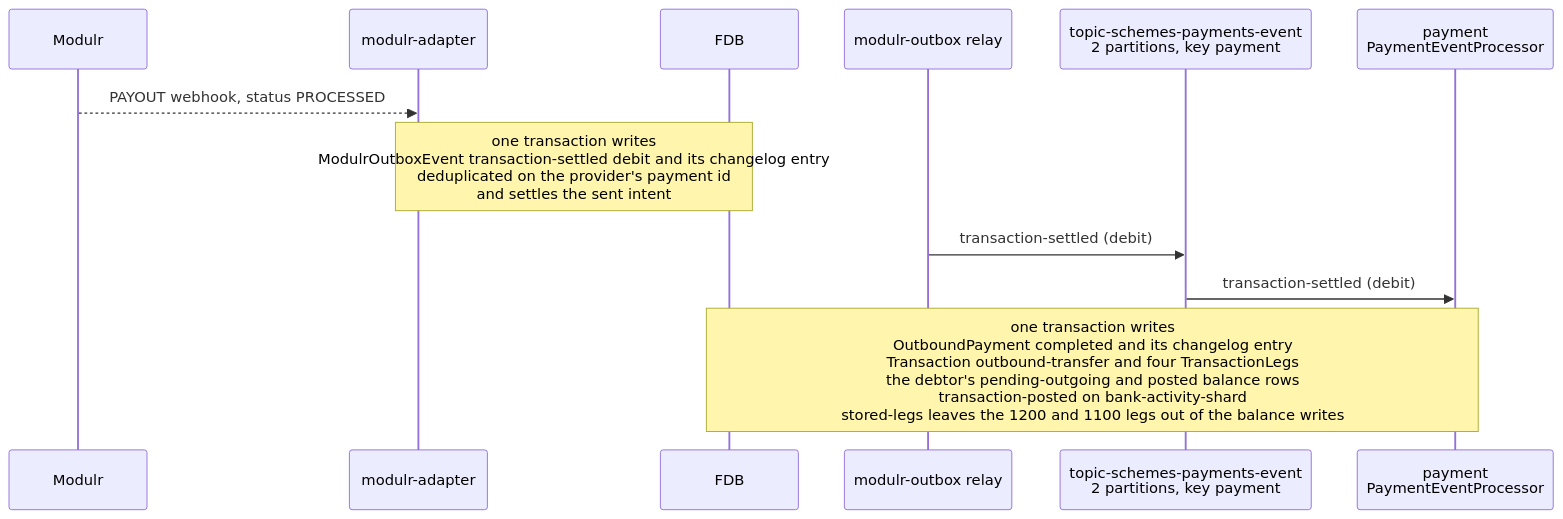
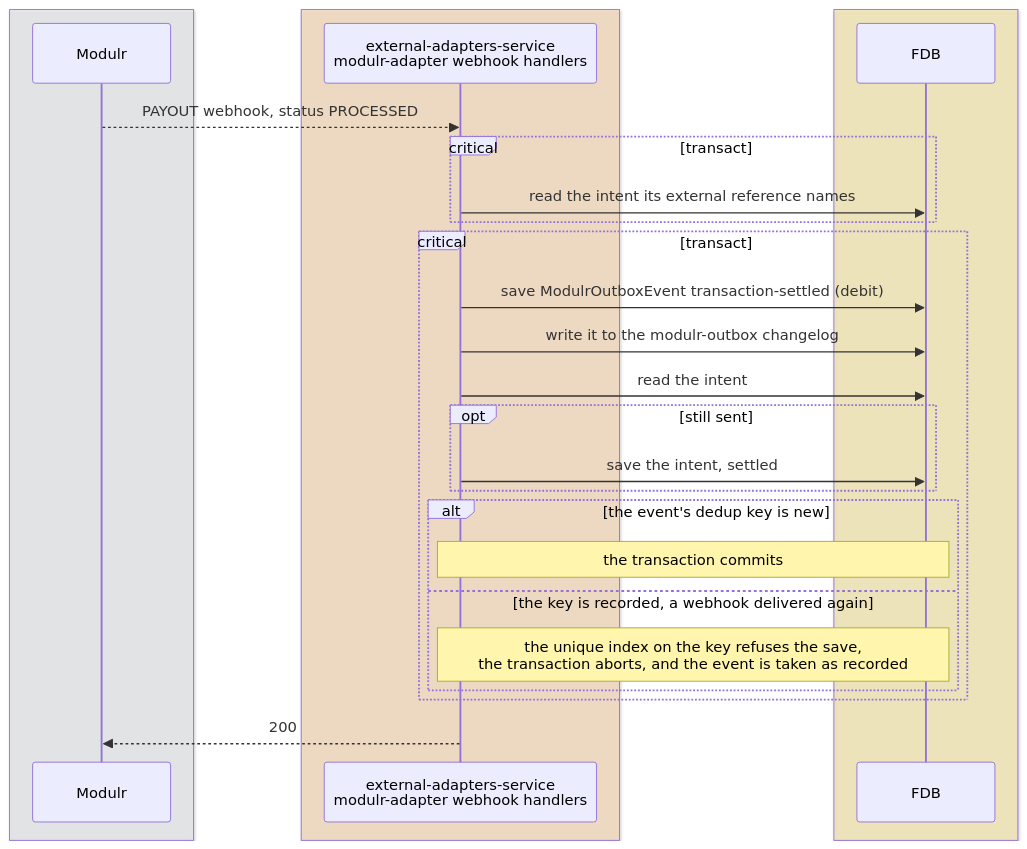
One commit to repldriven/queenswood changed the eighth of 15 diagrams in docs/tdd/payments-outbound.md. Above: the diagram before and after it, drawn with Mermaid. The commit also changed other lines of this file and 3 other files, not shown here.

````diff
--- a/docs/tdd/payments-outbound.md
+++ b/docs/tdd/payments-outbound.md
@@ -138,14 +440,30 @@
 ```mermaid
 sequenceDiagram
+    box rgba(233, 236, 239, 0.5)
     participant PR as Modulr
-    participant AD as modulr-adapter
+    end
+    box rgba(255, 216, 168, 0.5)
+    participant WH as external-adapters-service<br/>modulr-adapter webhook handlers
+    end
+    box rgba(255, 236, 153, 0.5)
     participant DB as FDB
-    participant OR as modulr-outbox relay
-    participant SE as topic-schemes-payments-event<br/>2 partitions, key payment
-    participant PE as payment<br/>PaymentEventProcessor
-    PR-->>AD: PAYOUT webhook, status PROCESSED
-    Note over AD,DB: one transaction writes<br/>ModulrOutboxEvent transaction-settled debit and its changelog entry<br/>deduplicated on the provider's payment id<br/>and settles the sent intent
-    OR->>SE: transaction-settled (debit)
-    SE->>PE: transaction-settled (debit)
-    Note over PE,DB: one transaction writes<br/>OutboundPayment completed and its changelog entry<br/>Transaction outbound-transfer and four TransactionLegs<br/>the debtor's pending-outgoing and posted balance rows<br/>transaction-posted on bank-activity-shard<br/>stored-legs leaves the 1200 and 1100 legs out of the balance writes
+    end
+    PR-->>WH: PAYOUT webhook, status PROCESSED
+    critical transact
+    WH->>DB: read the intent its external reference names
+    end
+    critical transact
+    WH->>DB: save ModulrOutboxEvent transaction-settled (debit)
+    WH->>DB: write it to the modulr-outbox changelog
+    WH->>DB: read the intent
+    opt still sent
+    WH->>DB: save the intent, settled
+    end
+    alt the event's dedup key is new
+    Note over WH,DB: the transaction commits
+    else the key is recorded, a webhook delivered again
+    Note over WH,DB: the unique index on the key refuses the save,<br/>the transaction aborts, and the event is taken as recorded
+    end
+    end
+    WH-->>PR: 200
 ```
````
